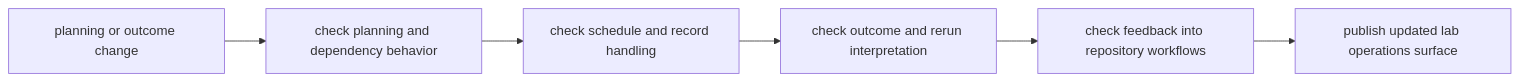
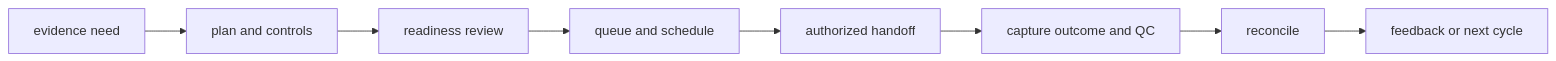
The first of 2 diagrams in docs/07-bijux-proteomics-lab/operations/index.md (bijux/bijux-proteomics), drawn with Mermaid before and after one commit. The commit also changed other lines of this file and 3 other files, not shown here.

Commit message:
docs(lab): distinguish planning from experimental authority

````diff
--- a/docs/07-bijux-proteomics-lab/operations/index.md
+++ b/docs/07-bijux-proteomics-lab/operations/index.md
@@ -17,11 +17,10 @@
 ```mermaid
 flowchart LR
-    change["planning or outcome change"]
-    plan["check planning and dependency behavior"]
-    execute["check schedule and record handling"]
-    interpret["check outcome and rerun interpretation"]
-    feedback["check feedback into repository workflows"]
-    release["publish updated lab operations surface"]
-
-    change --> plan --> execute --> interpret --> feedback --> release
+    N["evidence need"] --> P["plan and controls"]
+    P --> R["readiness review"]
+    R --> Q["queue and schedule"]
+    Q --> H["authorized handoff"]
+    H --> O["capture outcome and QC"]
+    O --> C["reconcile"]
+    C --> F["feedback or next cycle"]
 ```
````
